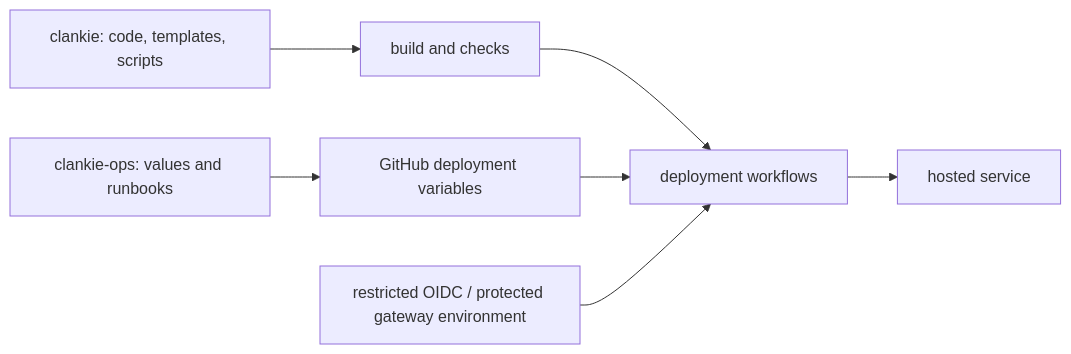
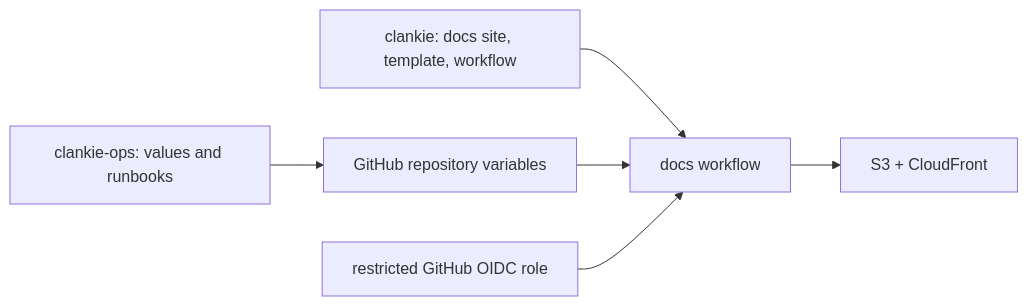
One commit to Volpestyle/clankie changed the diagram in infra/aws/README.md. Above: the diagram before and after it, drawn with Mermaid. The commit also changed other lines of this file and 51 other files, not shown here.

First line of the commit message:
Move the hosted service out of the public repo

````diff
--- a/infra/aws/README.md
+++ b/infra/aws/README.md
@@ -18,9 +19,8 @@
 ```mermaid
 flowchart LR
-  Public["clankie: code, templates, scripts"] --> CI["build and checks"]
-  Private["clankie-ops: values and runbooks"] --> Variables["GitHub deployment variables"]
-  CI --> Deploy["deployment workflows"]
+  Public["clankie: docs site, template, workflow"] --> Deploy["docs workflow"]
+  Private["clankie-ops: values and runbooks"] --> Variables["GitHub repository variables"]
   Variables --> Deploy
-  Identity["restricted OIDC / protected gateway environment"] --> Deploy
-  Deploy --> AWS["hosted service"]
+  Identity["restricted GitHub OIDC role"] --> Deploy
+  Deploy --> AWS["S3 + CloudFront"]
 ```
````
